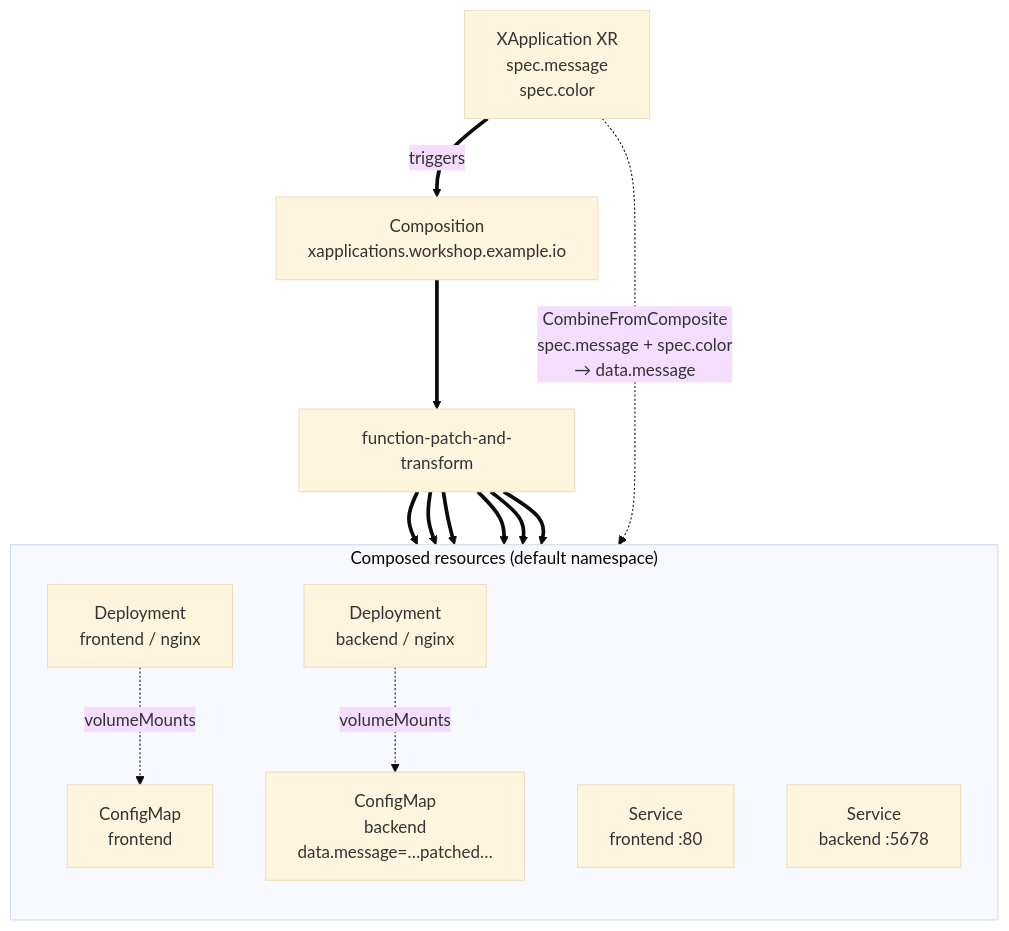
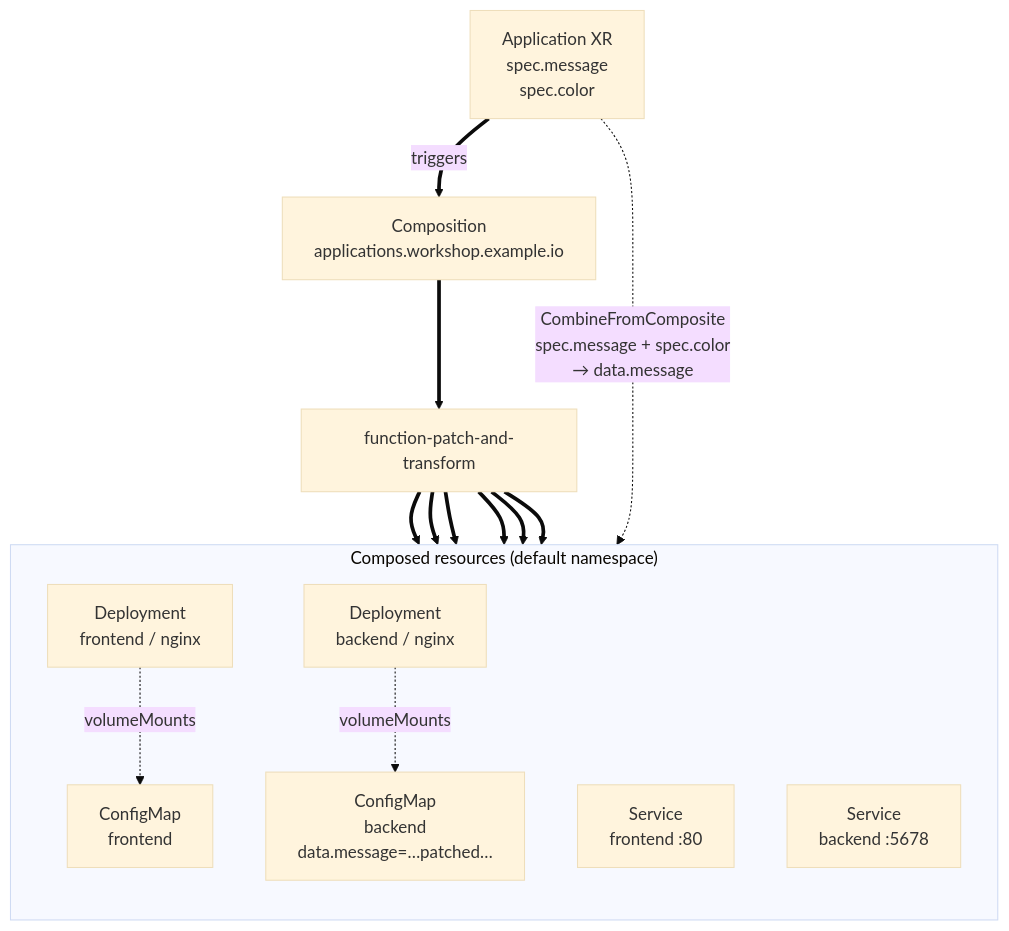
The diagram in docs/docs/04-crossplane-101/03-define-application.mdx (ricCap/crossplane-workshop), drawn with Mermaid (base theme) before and after one commit. The commit also changed other lines of this file and 33 other files, not shown here.

````diff
--- a/docs/docs/04-crossplane-101/03-define-application.mdx
+++ b/docs/docs/04-crossplane-101/03-define-application.mdx
@@ -110,22 +110,22 @@
 ```mermaid
 flowchart TB
-  xr["XApplication XR<br/>spec.message<br/>spec.color"]
-  comp["Composition<br/>xapplications.workshop.example.io"]
+  xr["Application XR<br/>spec.message<br/>spec.color"]
+  comp["Composition<br/>applications.workshop.example.io"]
   fn["function-patch-and-transform"]
 
   subgraph composed["Composed resources (default namespace)"]
     direction TB
     fcm["ConfigMap<br/>frontend"]
     fd["Deployment<br/>frontend / nginx"]
     fs["Service<br/>frontend :80"]
     bcm["ConfigMap<br/>backend<br/>data.message=…patched…"]
     bd["Deployment<br/>backend / nginx"]
     bs["Service<br/>backend :5678"]
   end
 
   xr == "triggers" ==> comp ==> fn
   fn ==> fcm & fd & fs & bcm & bd & bs
   xr -. "CombineFromComposite<br/>spec.message + spec.color<br/>→ data.message" .-> bcm
   fd -. "volumeMounts" .-> fcm
   bd -. "volumeMounts" .-> bcm
 ```
````
